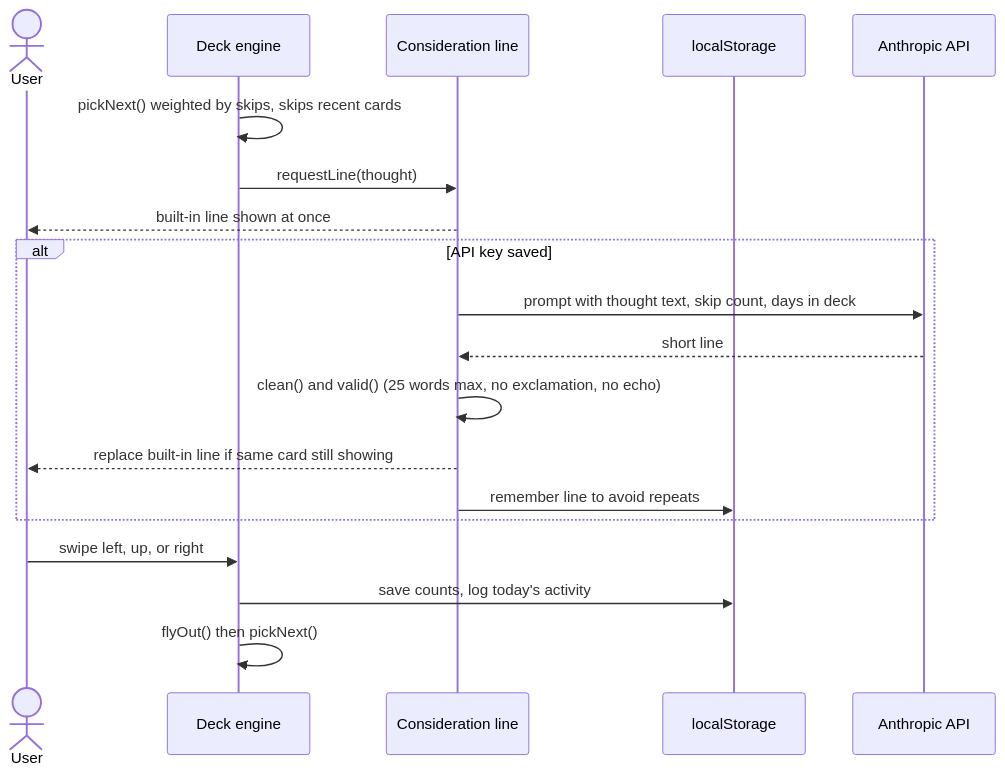
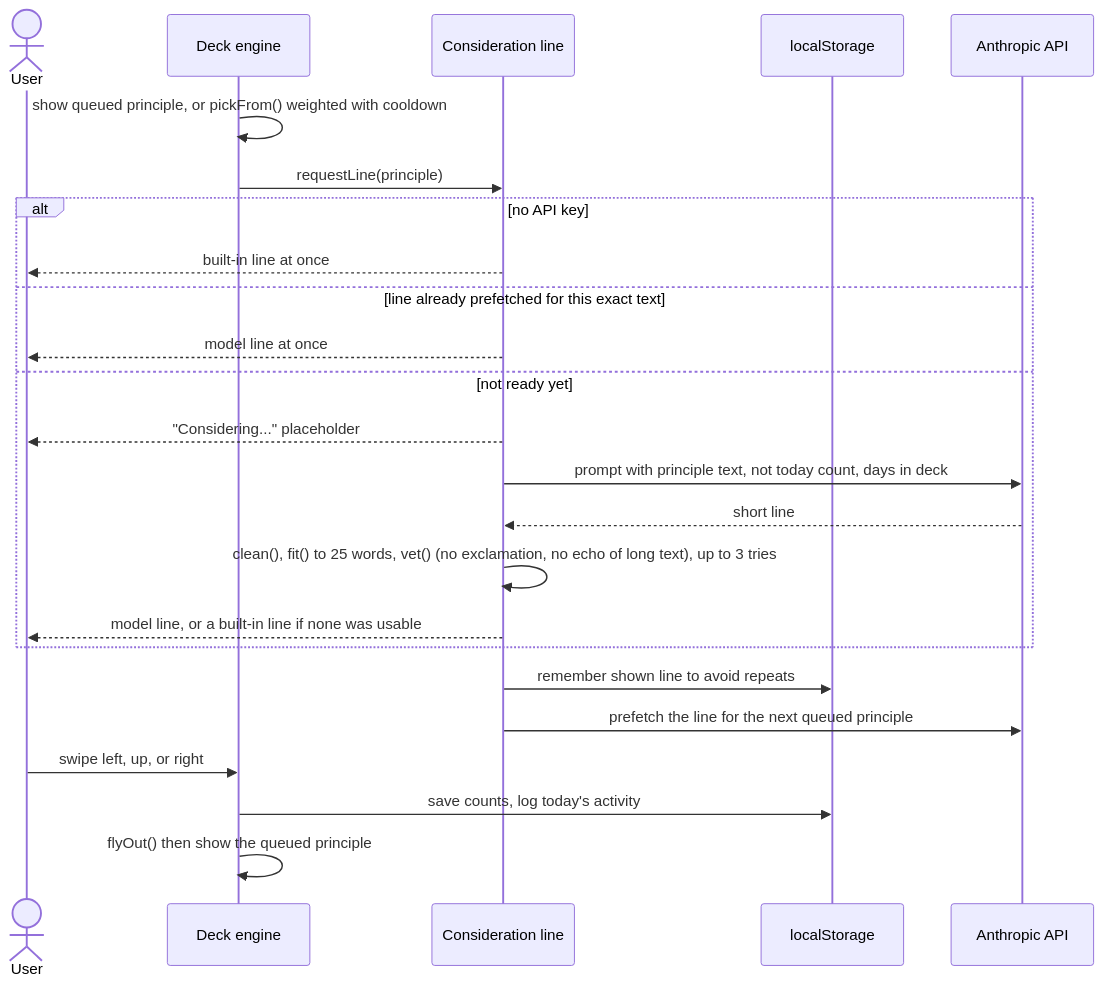
The third of 3 diagrams in docs/ARCHITECTURE.md (grahamdeno/scales), drawn with Mermaid before and after one commit. The commit also changed other lines of this file and 9 other files, not shown here.

````diff
--- a/docs/ARCHITECTURE.md
+++ b/docs/ARCHITECTURE.md
@@ -85,22 +96,27 @@
 ```mermaid
 sequenceDiagram
     actor U as User
     participant D as Deck engine
     participant L as Consideration line
     participant S as localStorage
     participant A as Anthropic API
 
-    D->>D: pickNext() weighted by skips, skips recent cards
-    D->>L: requestLine(thought)
-    L-->>U: built-in line shown at once
-    alt API key saved
-        L->>A: prompt with thought text, skip count, days in deck
+    D->>D: show queued principle, or pickFrom() weighted with cooldown
+    D->>L: requestLine(principle)
+    alt no API key
+        L-->>U: built-in line at once
+    else line already prefetched for this exact text
+        L-->>U: model line at once
+    else not ready yet
+        L-->>U: "Considering..." placeholder
+        L->>A: prompt with principle text, not today count, days in deck
         A-->>L: short line
-        L->>L: clean() and valid() (25 words max, no exclamation, no echo)
-        L-->>U: replace built-in line if same card still showing
-        L->>S: remember line to avoid repeats
+        L->>L: clean(), fit() to 25 words, vet() (no exclamation, no echo of long text), up to 3 tries
+        L-->>U: model line, or a built-in line if none was usable
     end
+    L->>S: remember shown line to avoid repeats
+    L->>A: prefetch the line for the next queued principle
     U->>D: swipe left, up, or right
     D->>S: save counts, log today's activity
-    D->>D: flyOut() then pickNext()
+    D->>D: flyOut() then show the queued principle
 ```
````
